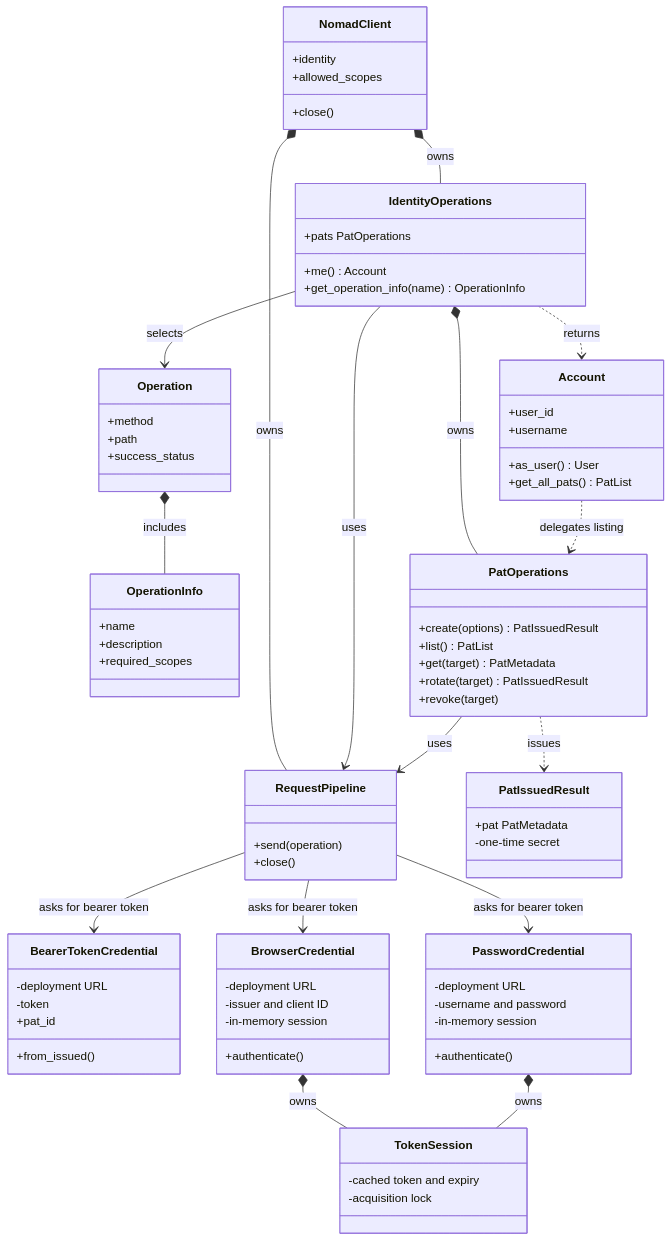
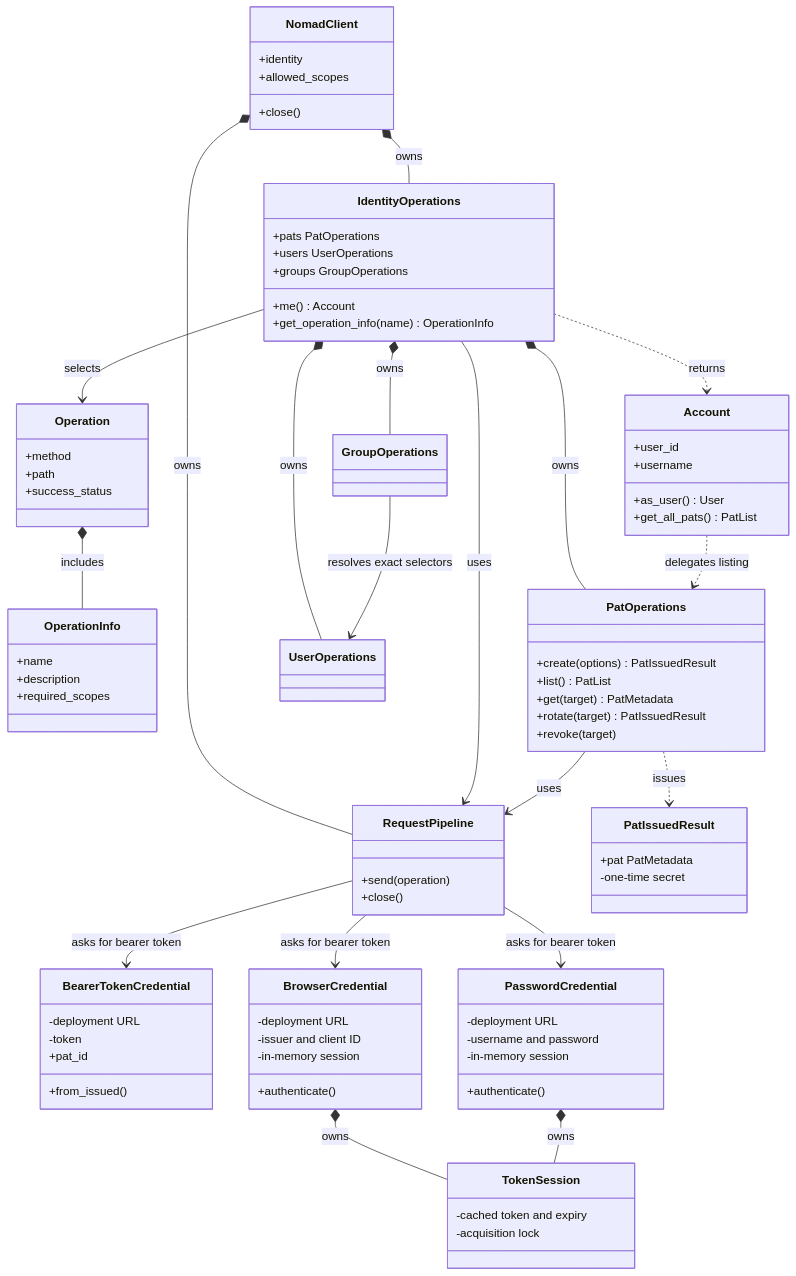
Before and after one commit to FAIRmat-NFDI/nomad-python-api: the first of 10 diagrams in docs/dev/identity/index.md, drawn with Mermaid. The commit also changed other lines of this file and 34 other files, not shown here.

```diff
--- a/docs/dev/identity/index.md
+++ b/docs/dev/identity/index.md
@@ -14,6 +14,8 @@
     class IdentityOperations {
         +me() Account
         +pats PatOperations
+        +users UserOperations
+        +groups GroupOperations
         +get_operation_info(name) OperationInfo
     }
     class RequestPipeline {
@@ -74,6 +76,9 @@
     IdentityOperations --> RequestPipeline : uses
     IdentityOperations --> Operation : selects
     IdentityOperations *-- PatOperations : owns
+    IdentityOperations *-- UserOperations : owns
+    IdentityOperations *-- GroupOperations : owns
+    GroupOperations --> UserOperations : resolves exact selectors
     PatOperations --> RequestPipeline : uses
     PatOperations ..> PatIssuedResult : issues
     Account ..> PatOperations : delegates listing
```
